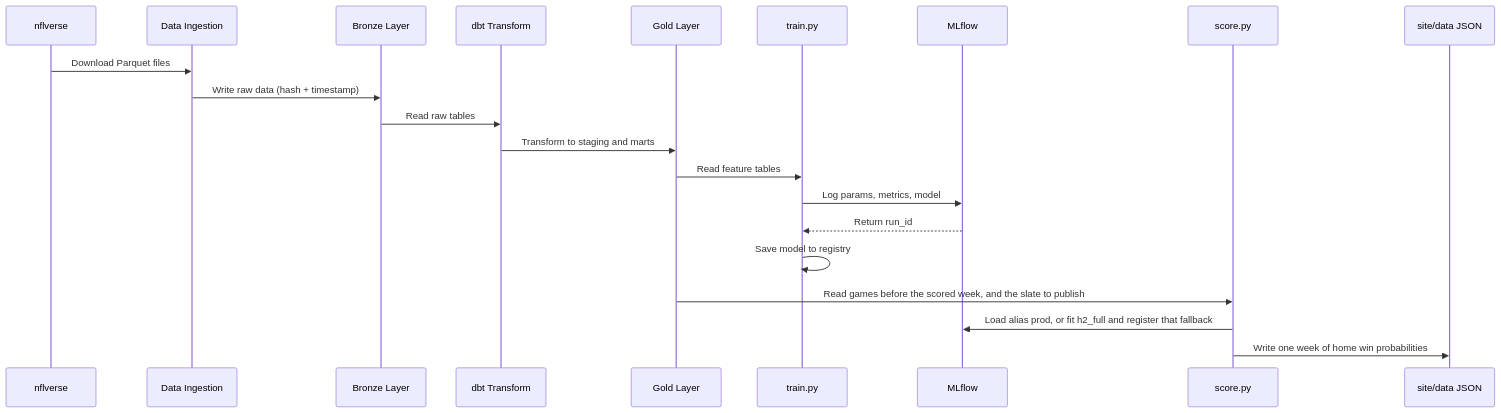
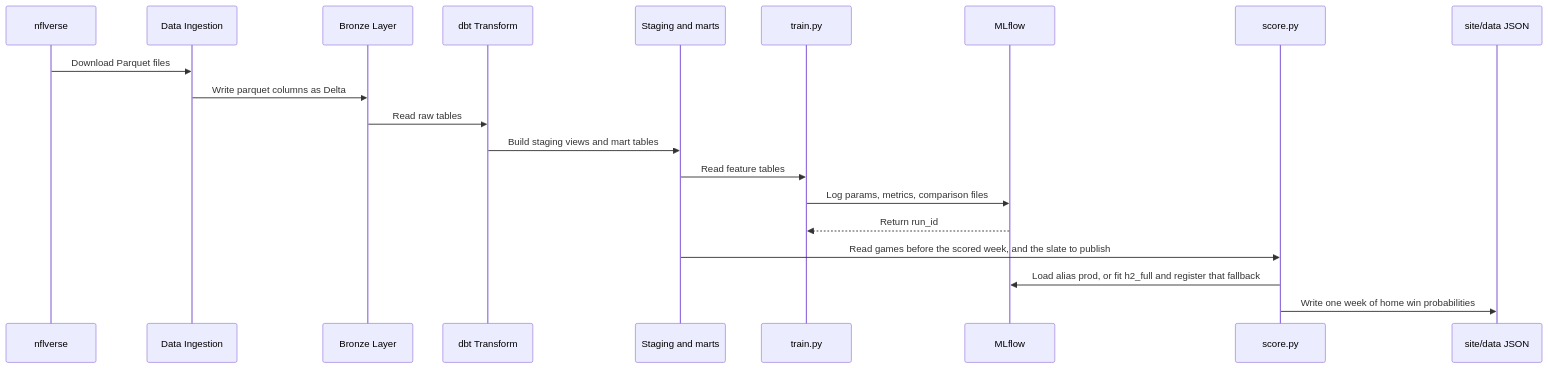
Before and after one commit to carloshgalvan95/endzone-mlops: the diagram in docs/architecture.md, drawn with Mermaid. The commit also changed other lines of this file and 4 other files, not shown here.

````diff
--- a/docs/architecture.md
+++ b/docs/architecture.md
@@ -178,24 +201,23 @@
 ```mermaid
 sequenceDiagram
     participant NFL as nflverse
     participant Ingest as Data Ingestion
     participant Bronze as Bronze Layer
     participant dbt as dbt Transform
-    participant Gold as Gold Layer
+    participant Marts as Staging and marts
     participant Train as train.py
     participant MLflow as MLflow
     participant Score as score.py
     participant Pred as site/data JSON
 
     NFL->>Ingest: Download Parquet files
-    Ingest->>Bronze: Write raw data (hash + timestamp)
+    Ingest->>Bronze: Write parquet columns as Delta
     Bronze->>dbt: Read raw tables
-    dbt->>Gold: Transform to staging and marts
-    Gold->>Train: Read feature tables
-    Train->>MLflow: Log params, metrics, model
+    dbt->>Marts: Build staging views and mart tables
+    Marts->>Train: Read feature tables
+    Train->>MLflow: Log params, metrics, comparison files
     MLflow-->>Train: Return run_id
-    Train->>Train: Save model to registry
-    Gold->>Score: Read games before the scored week, and the slate to publish
+    Marts->>Score: Read games before the scored week, and the slate to publish
     Score->>MLflow: Load alias prod, or fit h2_full and register that fallback
     Score->>Pred: Write one week of home win probabilities
 ```
````
